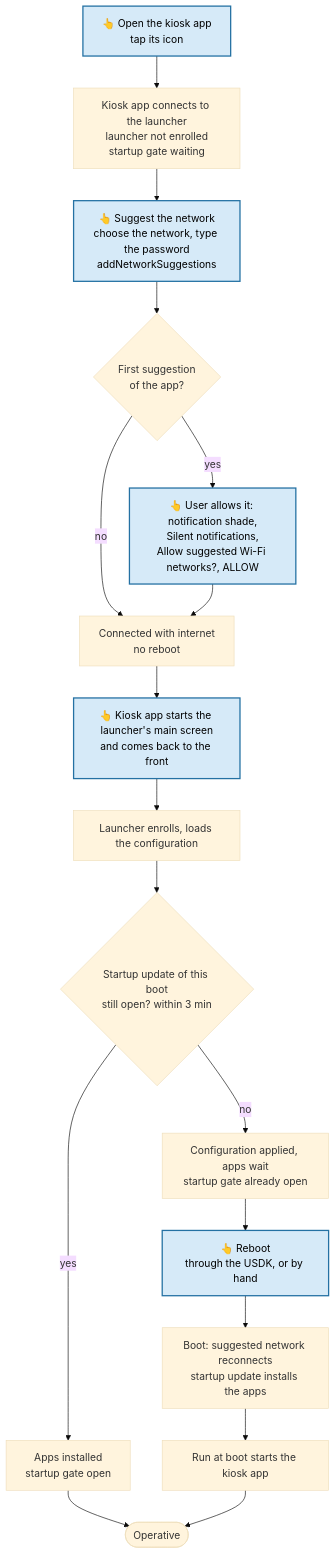
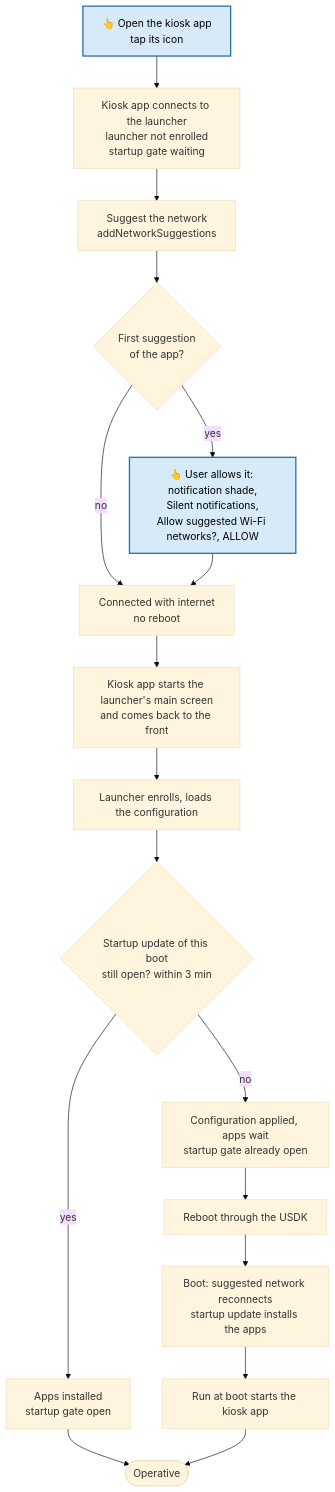
The fourth of 4 diagrams in docs/wifi-setup.md (rch-fw/HmdmChangeDeviceNumber), drawn with Mermaid (base theme) before and after one commit. The commit also changed other lines of this file, not shown here.

First line of the commit message:
Docs: only tapping the kiosk app's icon and allowing a suggestion need the user

````diff
--- a/docs/wifi-setup.md
+++ b/docs/wifi-setup.md
@@ -235,21 +235,21 @@
 ```mermaid
 flowchart TD
     A[👆 Open the kiosk app<br/>tap its icon] --> B[Kiosk app connects to the launcher<br/>launcher not enrolled<br/>startup gate waiting]
-    B --> C[👆 Suggest the network<br/>choose the network, type the password<br/>addNetworkSuggestions]
+    B --> C[Suggest the network<br/>addNetworkSuggestions]
     C --> D{First suggestion<br/>of the app?}
     D -- yes --> E[👆 User allows it: notification shade,<br/>Silent notifications,<br/>Allow suggested Wi-Fi networks?, ALLOW]
     D -- no --> F
     E --> F[Connected with internet<br/>no reboot]
-    F --> G[👆 Kiosk app starts the launcher's main screen<br/>and comes back to the front]
+    F --> G[Kiosk app starts the launcher's main screen<br/>and comes back to the front]
     G --> H[Launcher enrolls, loads the configuration]
     H --> I{Startup update of this boot<br/>still open? within 3 min}
     I -- yes --> J[Apps installed<br/>startup gate open]
     J --> P([Operative])
     I -- no --> L[Configuration applied, apps wait<br/>startup gate already open]
-    L --> M[👆 Reboot<br/>through the USDK, or by hand]
+    L --> M[Reboot through the USDK]
     M --> N[Boot: suggested network reconnects<br/>startup update installs the apps]
     N --> O[Run at boot starts the kiosk app]
     O --> P
     classDef user fill:#d6eaf8,stroke:#2471a3,stroke-width:2px,color:#000
-    class A,C,E,G,M user
+    class A,E user
 ```
````
